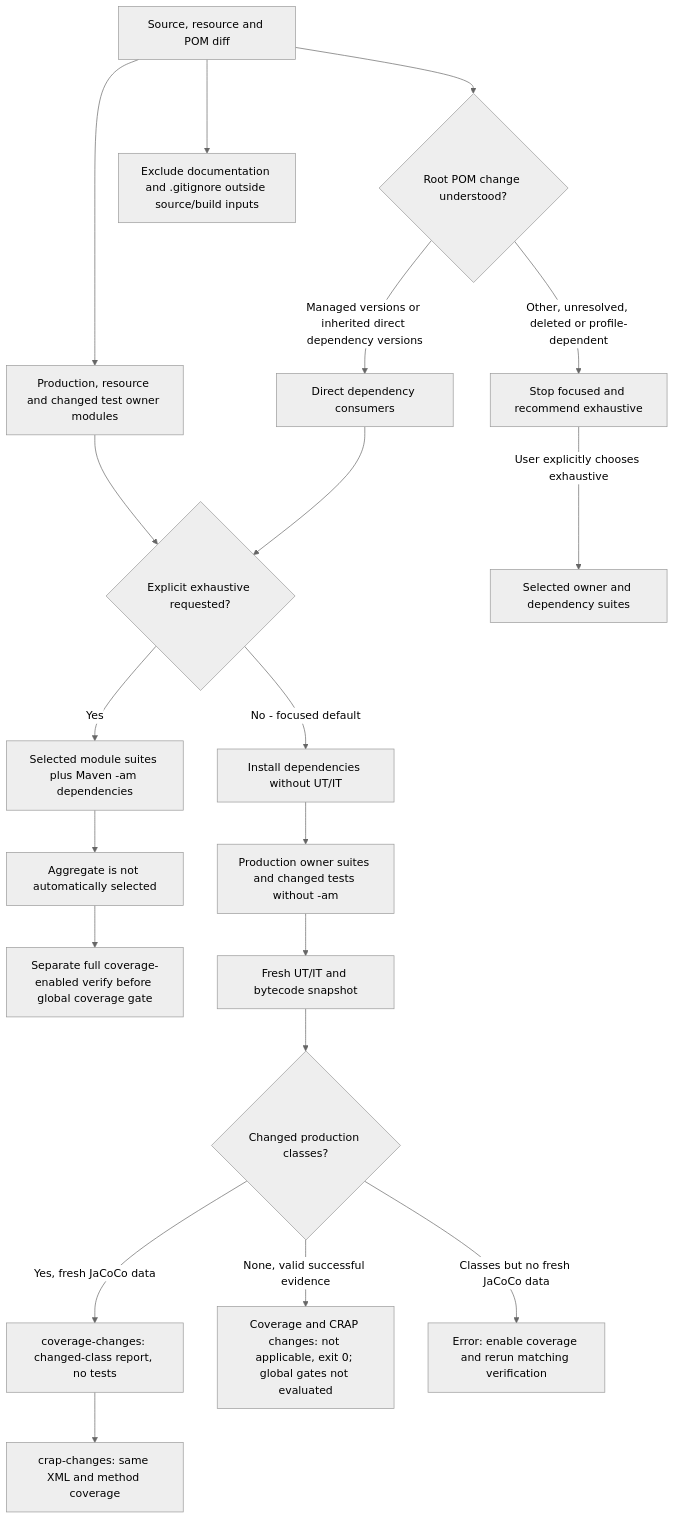
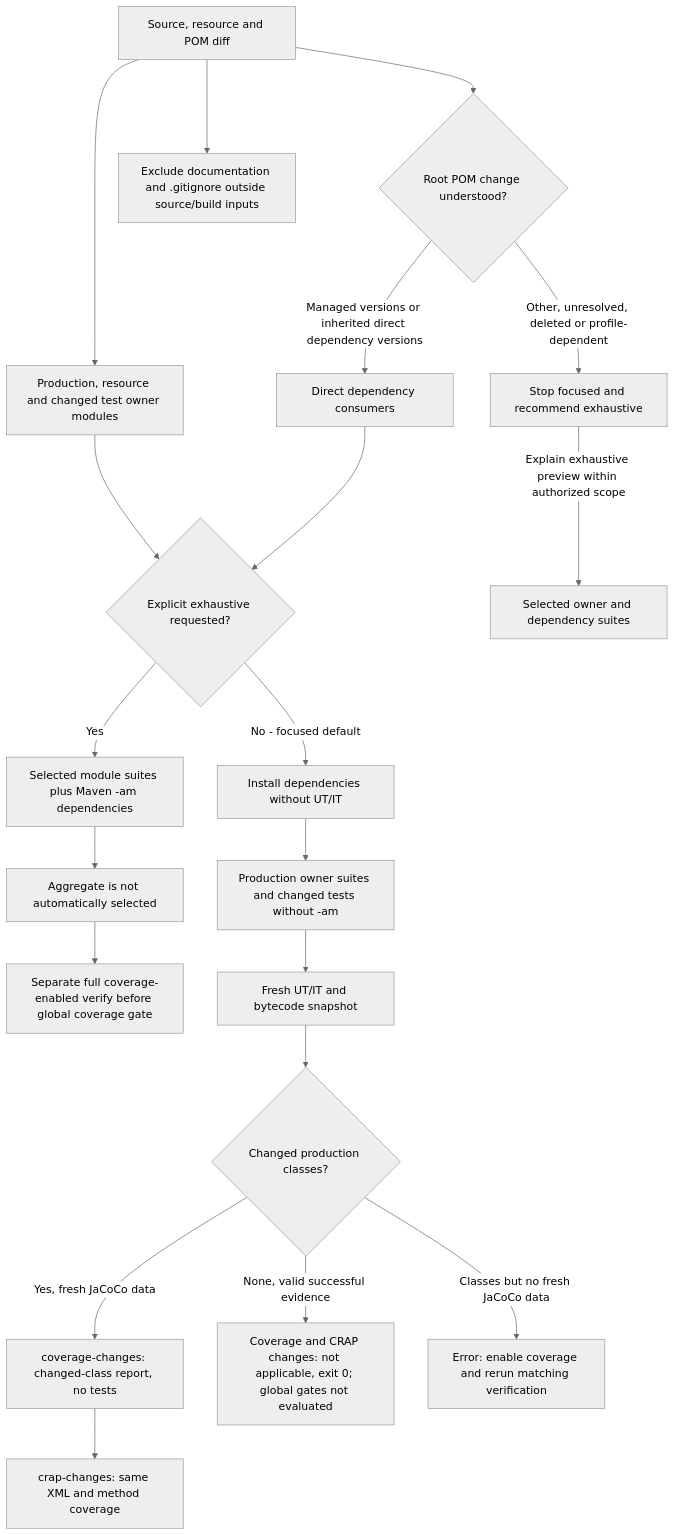
Before and after one commit to antonillos/makevn: the sixth of 6 diagrams in docs/workflow-guidance.md, drawn with Mermaid (neutral theme). The commit also changed other lines of this file and 34 other files, not shown here.

````diff
--- a/docs/workflow-guidance.md
+++ b/docs/workflow-guidance.md
@@ -151,22 +202,22 @@
 ```mermaid
 flowchart TD
   Diff[Source, resource and POM diff] --> Owners[Production, resource and changed test owner modules]
   Diff --> Ignore[Exclude documentation and .gitignore outside source/build inputs]
   Diff --> POM{Root POM change understood?}
   POM -->|Managed versions or inherited direct dependency versions| Consumers[Direct dependency consumers]
   POM -->|Other, unresolved, deleted or profile-dependent| Stop[Stop focused and recommend exhaustive]
-  Stop -->|User explicitly chooses exhaustive| Full[Selected owner and dependency suites]
+  Stop -->|Explain exhaustive preview within authorized scope| Full[Selected owner and dependency suites]
   Owners --> Mode{Explicit exhaustive requested?}
   Mode -->|Yes| Verify[Selected module suites plus Maven -am dependencies]
   Mode -->|No - focused default| Prepare[Install dependencies without UT/IT]
   Prepare --> Focus[Production owner suites and changed tests without -am]
   Focus --> Snapshot[Fresh UT/IT and bytecode snapshot]
   Snapshot --> Applicability{Changed production classes?}
   Applicability -->|Yes, fresh JaCoCo data| ScopedReport[coverage-changes: changed-class report, no tests]
   Applicability -->|None, valid successful evidence| NA[Coverage and CRAP changes: not applicable, exit 0; global gates not evaluated]
   Applicability -->|Classes but no fresh JaCoCo data| Missing[Error: enable coverage and rerun matching verification]
   ScopedReport --> ScopedCRAP[crap-changes: same XML and method coverage]
   Consumers --> Mode
   Verify --> Separate[Aggregate is not automatically selected]
   Separate --> Gate[Separate full coverage-enabled verify before global coverage gate]
 ```
````
